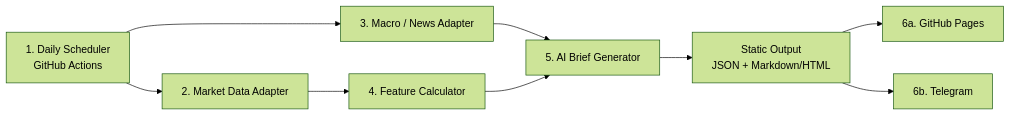
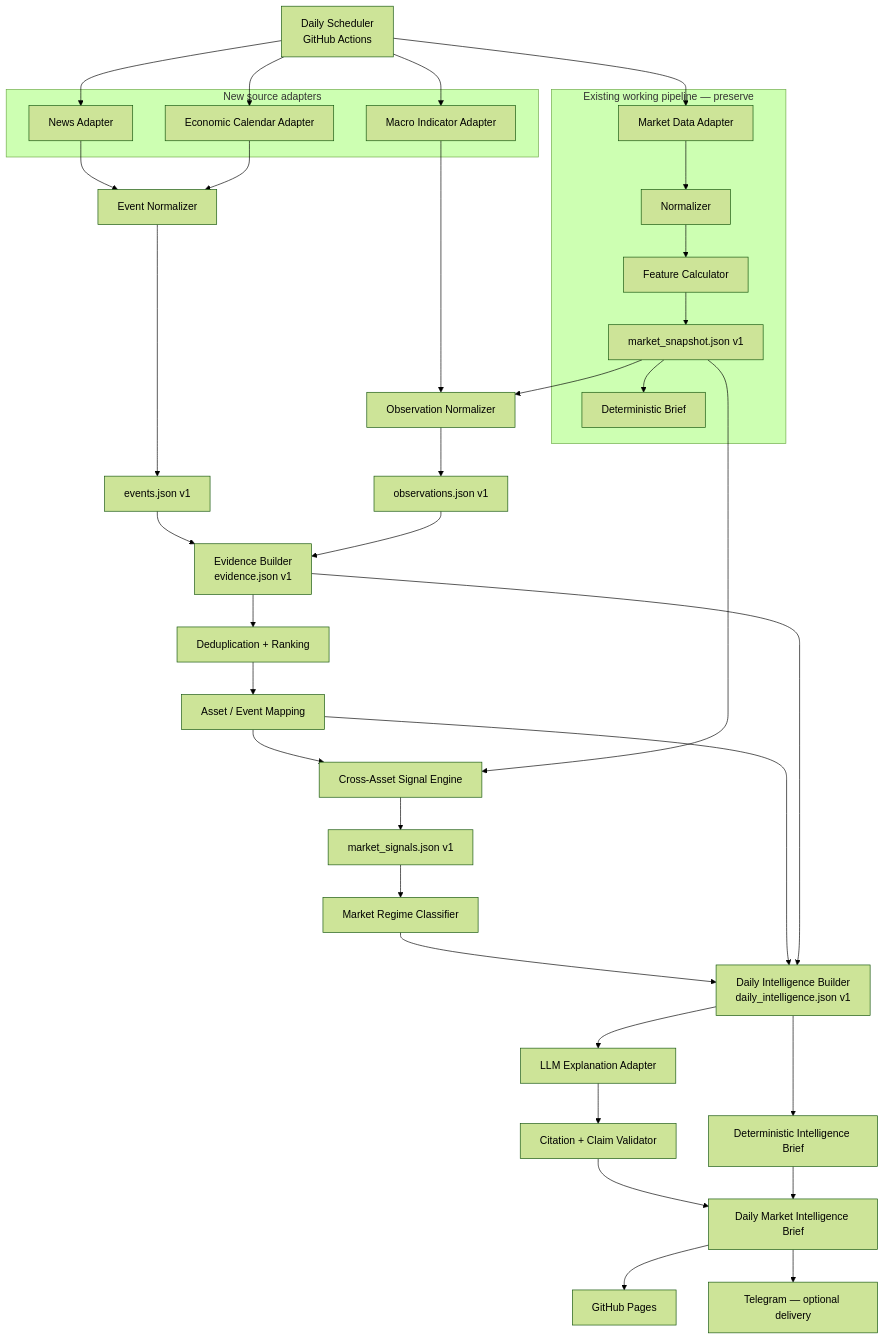
The diagram in docs/architecture.md (froyo1015/AI-Market-Intelligence), drawn with Mermaid (forest theme) before and after one commit. The commit also changed other lines of this file and 13 other files, not shown here.

````diff
--- a/docs/architecture.md
+++ b/docs/architecture.md
@@ -18,11 +37,53 @@
 ```mermaid
-flowchart LR
-    Schedule["1. Daily Scheduler<br/>GitHub Actions"] --> Market["2. Market Data Adapter"]
-    Schedule --> News["3. Macro / News Adapter"]
-    Market --> Features["4. Feature Calculator"]
-    News --> Brief["5. AI Brief Generator"]
-    Features --> Brief
-    Brief --> Files["Static Output<br/>JSON + Markdown/HTML"]
-    Files --> Pages["6a. GitHub Pages"]
-    Files --> Telegram["6b. Telegram"]
+flowchart TD
+    Scheduler["Daily Scheduler<br/>GitHub Actions"]
+
+    subgraph Existing["Existing working pipeline — preserve"]
+        Market["Market Data Adapter"] --> Normalizer["Normalizer"]
+        Normalizer --> Features["Feature Calculator"]
+        Features --> Snapshot["market_snapshot.json v1"]
+        Snapshot --> BaseBrief["Deterministic Brief"]
+    end
+
+    subgraph Inputs["New source adapters"]
+        News["News Adapter"]
+        Macro["Macro Indicator Adapter"]
+        Calendar["Economic Calendar Adapter"]
+    end
+
+    Scheduler --> Market
+    Scheduler --> News
+    Scheduler --> Macro
+    Scheduler --> Calendar
+
+    News --> EventNorm["Event Normalizer"]
+    Macro --> ObservationNorm["Observation Normalizer"]
+    Calendar --> EventNorm
+    Snapshot --> ObservationNorm
+
+    EventNorm --> Events["events.json v1"]
+    ObservationNorm --> Observations["observations.json v1"]
+
+    Events --> Evidence["Evidence Builder<br/>evidence.json v1"]
+    Observations --> Evidence
+    Evidence --> Dedupe["Deduplication + Ranking"]
+    Dedupe --> Mapping["Asset / Event Mapping"]
+
+    Mapping --> Signals["Cross-Asset Signal Engine"]
+    Snapshot --> Signals
+    Signals --> SignalFile["market_signals.json v1"]
+    SignalFile --> Regime["Market Regime Classifier"]
+
+    Regime --> Intelligence["Daily Intelligence Builder<br/>daily_intelligence.json v1"]
+    Mapping --> Intelligence
+    Evidence --> Intelligence
+
+    Intelligence --> LLM["LLM Explanation Adapter"]
+    LLM --> Validator["Citation + Claim Validator"]
+    Validator --> Report["Daily Market Intelligence Brief"]
+    Intelligence --> Fallback["Deterministic Intelligence Brief"]
+    Fallback --> Report
+
+    Report --> Pages["GitHub Pages"]
+    Report --> Telegram["Telegram — optional delivery"]
 ```
````
